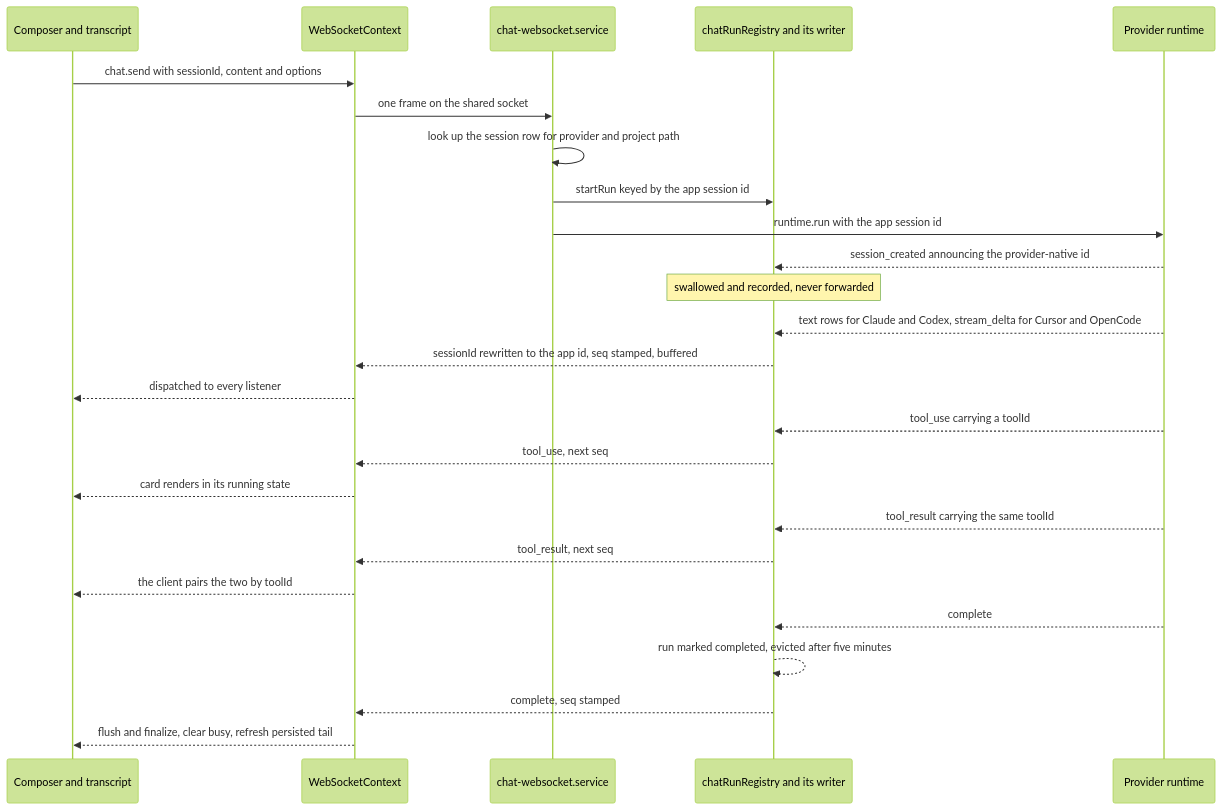
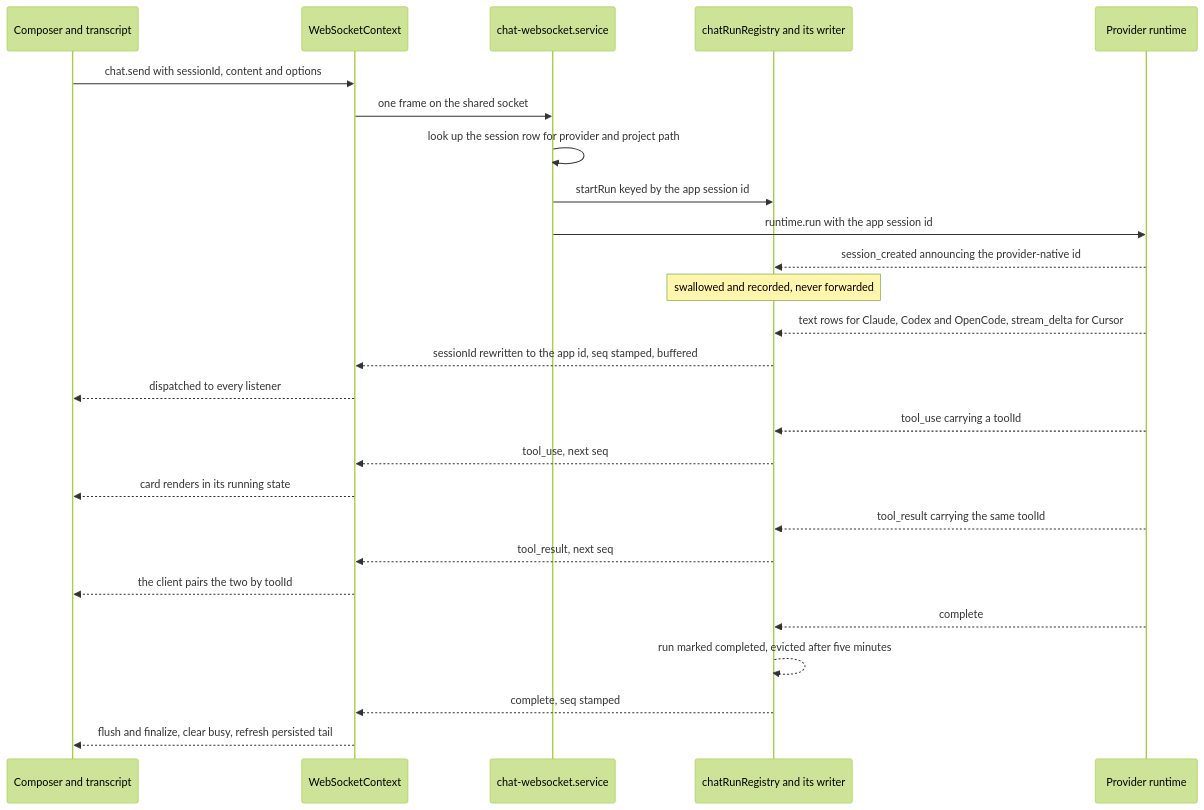
The first of 3 diagrams in docs/architecture/02-realtime-stream.md (siteboon/claudecodeui), drawn with Mermaid (forest theme) before and after one commit. The commit also changed other lines of this file and 38 other files, not shown here.

````diff
--- a/docs/architecture/02-realtime-stream.md
+++ b/docs/architecture/02-realtime-stream.md
@@ -96,29 +97,29 @@
 ```mermaid
 sequenceDiagram
     participant UI as Composer and transcript
     participant WSC as WebSocketContext
     participant GW as chat-websocket.service
     participant REG as chatRunRegistry and its writer
     participant CLI as Provider runtime
 
     UI->>WSC: chat.send with sessionId, content and options
     WSC->>GW: one frame on the shared socket
     GW->>GW: look up the session row for provider and project path
     GW->>REG: startRun keyed by the app session id
     GW->>CLI: runtime.run with the app session id
     CLI-->>REG: session_created announcing the provider-native id
     Note over REG: swallowed and recorded, never forwarded
-    CLI-->>REG: text rows for Claude and Codex, stream_delta for Cursor and OpenCode
+    CLI-->>REG: text rows for Claude, Codex and OpenCode, stream_delta for Cursor
     REG-->>WSC: sessionId rewritten to the app id, seq stamped, buffered
     WSC-->>UI: dispatched to every listener
     CLI-->>REG: tool_use carrying a toolId
     REG-->>WSC: tool_use, next seq
     WSC-->>UI: card renders in its running state
     CLI-->>REG: tool_result carrying the same toolId
     REG-->>WSC: tool_result, next seq
     WSC-->>UI: the client pairs the two by toolId
     CLI-->>REG: complete
     REG-->>REG: run marked completed, evicted after five minutes
     REG-->>WSC: complete, seq stamped
     WSC-->>UI: flush and finalize, clear busy, refresh persisted tail
 ```
````
